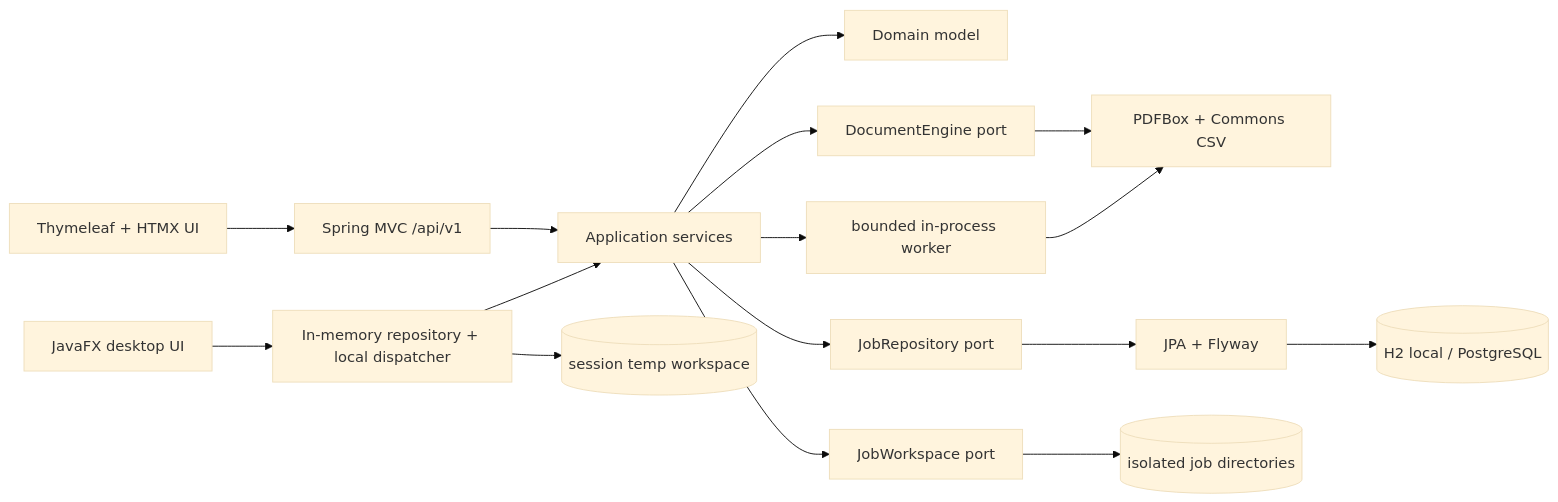
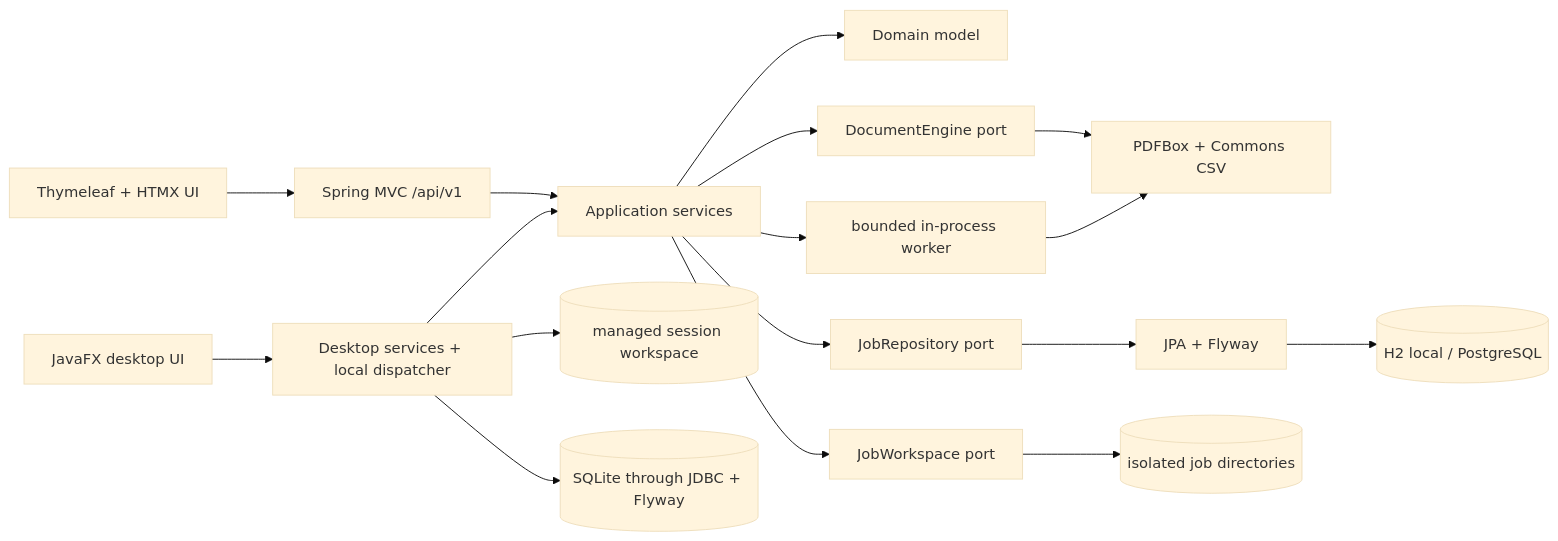
One commit to wasiliy-strecker/pdf-batch-studio changed the first of 2 diagrams in ARCHITECTURE.md. Above: the diagram before and after it, drawn with Mermaid (base theme). The commit also changed other lines of this file and 54 other files, not shown here.

````diff
--- a/ARCHITECTURE.md
+++ b/ARCHITECTURE.md
@@ -9,18 +9,19 @@
 ```mermaid
 flowchart LR
     Browser[Thymeleaf + HTMX UI] --> API[Spring MVC /api/v1]
-    Desktop[JavaFX desktop UI] --> DesktopAdapter[In-memory repository + local dispatcher]
+    Desktop[JavaFX desktop UI] --> DesktopAdapter[Desktop services + local dispatcher]
     API --> App[Application services]
     DesktopAdapter --> App
     App --> Domain[Domain model]
     App --> DocPort[DocumentEngine port]
     App --> RepoPort[JobRepository port]
     App --> StorePort[JobWorkspace port]
     DocPort --> PDF[PDFBox + Commons CSV]
     RepoPort --> JPA[JPA + Flyway]
     JPA --> DB[(H2 local / PostgreSQL)]
     StorePort --> Files[(isolated job directories)]
     App --> Queue[bounded in-process worker]
     Queue --> PDF
-    DesktopAdapter --> Temp[(session temp workspace)]
+    DesktopAdapter --> Temp[(managed session workspace)]
+    DesktopAdapter --> LocalDB[(SQLite through JDBC + Flyway)]
 ```
````
